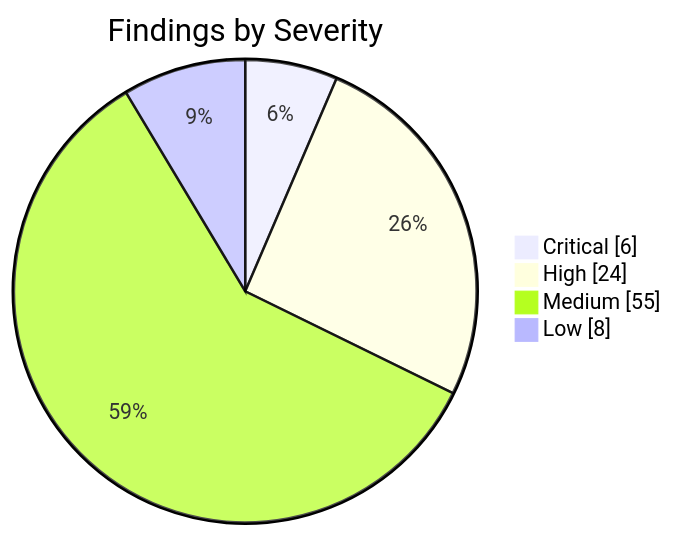
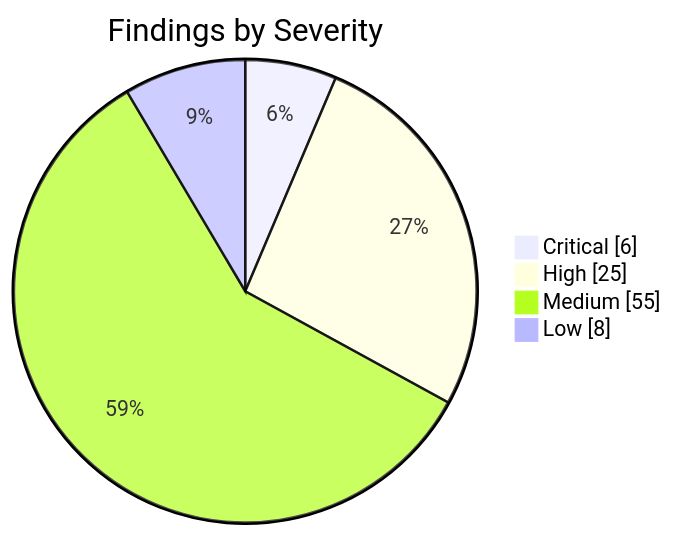
The first of 2 diagrams in apps/kbve/astro-kbve/src/content/docs/dashboard/security.mdx (KBVE/kbve), drawn with Mermaid before and after one commit. The commit also changed other lines of this file and 8 other files, not shown here.

````diff
--- a/apps/kbve/astro-kbve/src/content/docs/dashboard/security.mdx
+++ b/apps/kbve/astro-kbve/src/content/docs/dashboard/security.mdx
@@ -62,8 +62,8 @@
 ```mermaid
 pie showData
     title Findings by Severity
     "Critical" : 6
-    "High" : 24
+    "High" : 25
     "Medium" : 55
     "Low" : 8
 ```
````
